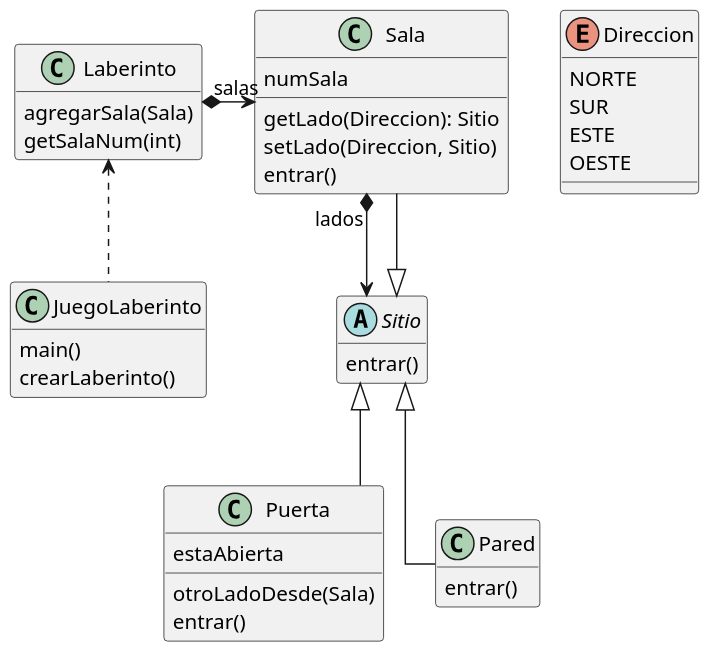
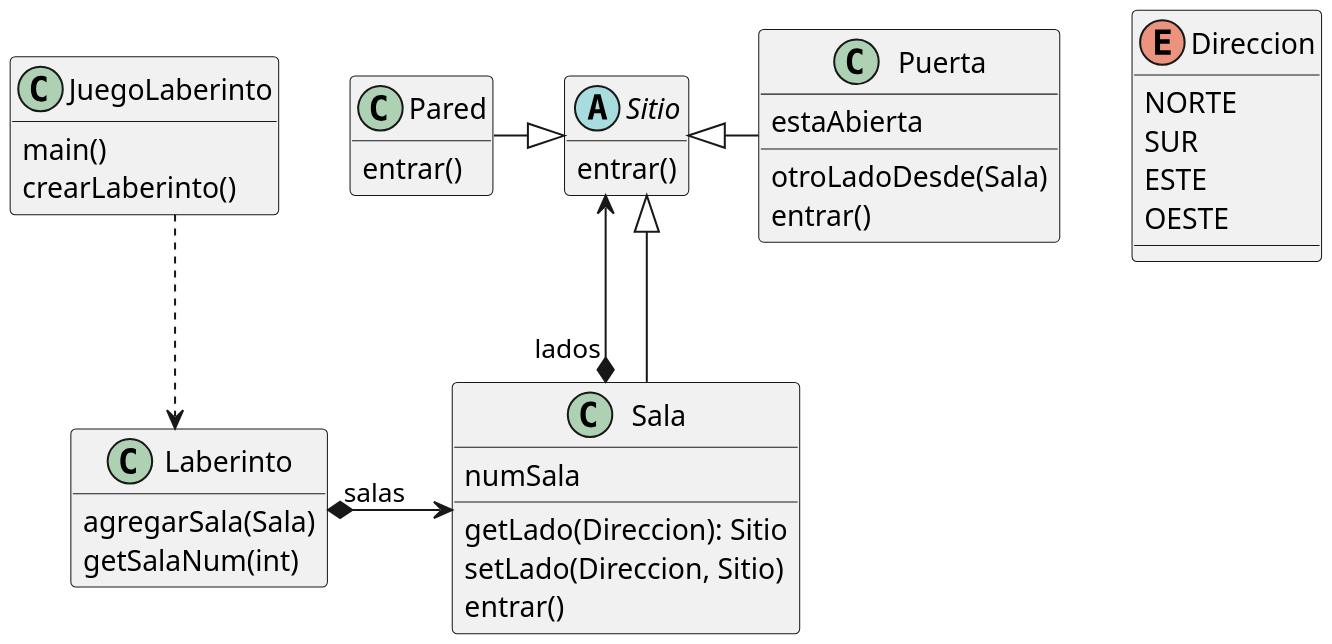
The first of 8 diagrams in patrones-2023.md (dodero/gii-dss-iiss), drawn with PlantUML before and after one commit. The commit also changed other lines of this file, not shown here.

```diff
--- a/patrones-2023.md
+++ b/patrones-2023.md
@@ -158,60 +169,60 @@
 @startuml
 top to bottom direction
 scale 1024 width
 scale 650 height
 skinparam linetype ortho
 skinparam classAttributeIconSize 0
 
 enum Direccion {
   NORTE
   SUR
   ESTE
   OESTE
 }
 
 class JuegoLaberinto {
   {method} main()
   {method} crearLaberinto()
 }
 
 abstract class Sitio{
   {method} entrar()
 }
 
 class Sala{
   {field} numSala
   {method} getLado(Direccion): Sitio
   {method} setLado(Direccion, Sitio)
   {method} entrar()
 }
 
 class Puerta{
   {field} estaAbierta
   {method} otroLadoDesde(Sala)
   {method} entrar()
 }
 
 class Pared{
   {method} entrar()
 }
 
 class Laberinto{
   {method} agregarSala(Sala)
   {method} getSalaNum(int)
 }
 
-JuegoLaberinto .up.> Laberinto
+JuegoLaberinto .down.> Laberinto
 
-Sala "lados" *-down-> Sitio
-Sitio <|-down- Pared
-Sitio <|-down- Puerta
+Sala "lados" *-up-> Sitio
+Sitio <|-left- Pared
+Sitio <|-right- Puerta
 Sitio <|-down- Sala
 Laberinto "salas" *-right-> Sala
 
 hide members
 show methods
 show Direccion members
 show Sala members
 show Puerta members
 
 @enduml
```
